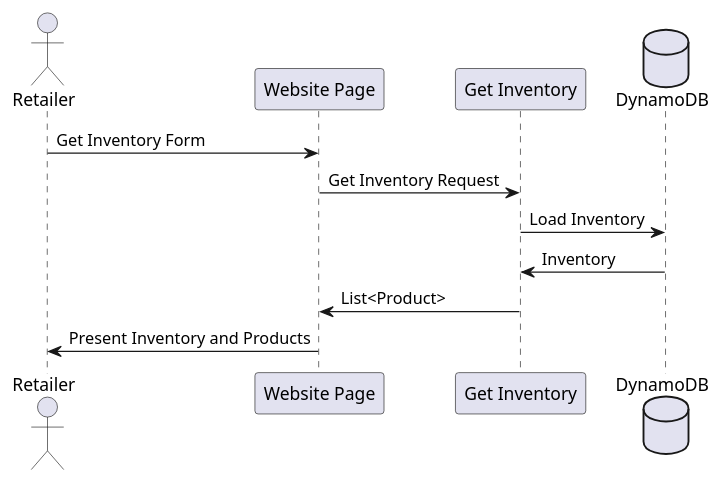
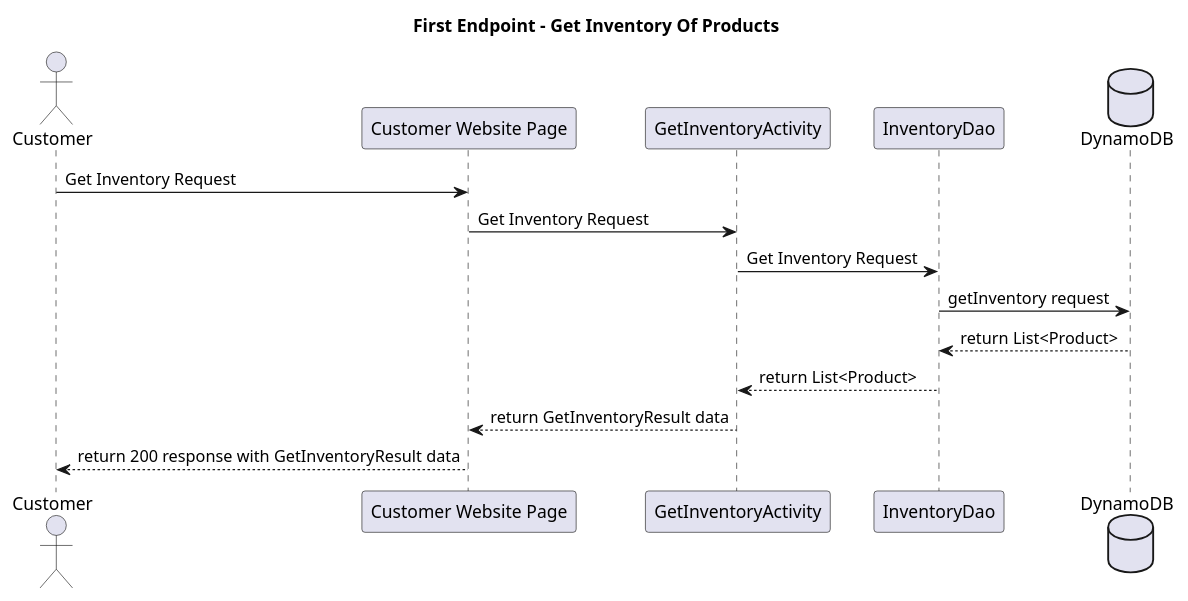
One commit to sylviamohos/CoolWithCouleBackend changed the diagram in project_documents/Design/Sequence Diagrams/GetInventoryOfProducts.puml. Above: the diagram before and after it, drawn with PlantUML. The commit also changed other lines of this file and 11 other files, not shown here.

Commit message:
Edited and cleaned up sequence diagrams

```diff
--- a/project_documents/Design/Sequence Diagrams/GetInventoryOfProducts.puml
+++ b/project_documents/Design/Sequence Diagrams/GetInventoryOfProducts.puml
@@ -1,16 +1,20 @@
 @startuml
 'https://plantuml.com/sequence-diagram
 
-actor "Retailer" as client
-participant "Website Page" as apiGateway
-participant "Get Inventory" as getInventoryActivity
+actor "Customer" as client
+participant "Customer Website Page" as apiGateway
+participant "GetInventoryActivity" as getInventoryActivity
+participant "InventoryDao" as inventoryDao
 database "DynamoDB" as dynamoDB
 
-client -> apiGateway : Get Inventory Form
+title First Endpoint - Get Inventory Of Products
+
+client -> apiGateway : Get Inventory Request
 apiGateway -> getInventoryActivity : Get Inventory Request
-getInventoryActivity -> dynamoDB : Load Inventory
-
-dynamoDB -> getInventoryActivity : Inventory
-getInventoryActivity -> apiGateway : List<Product>
-apiGateway -> client : Present Inventory and Products
+getInventoryActivity -> inventoryDao : Get Inventory Request
+inventoryDao -> dynamoDB : getInventory request
+dynamoDB --> inventoryDao : return List<Product>
+inventoryDao --> getInventoryActivity : return List<Product>
+getInventoryActivity --> apiGateway : return GetInventoryResult data
+apiGateway --> client : return 200 response with GetInventoryResult data
 @enduml
```
